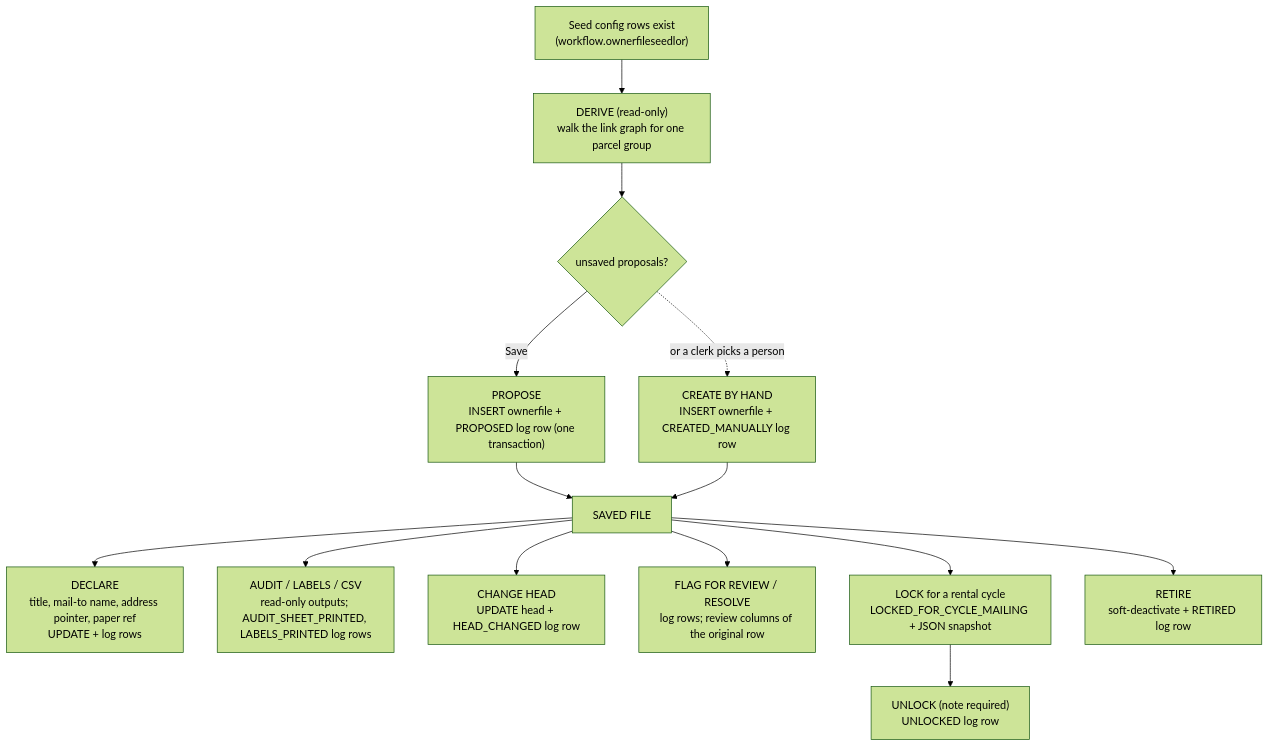
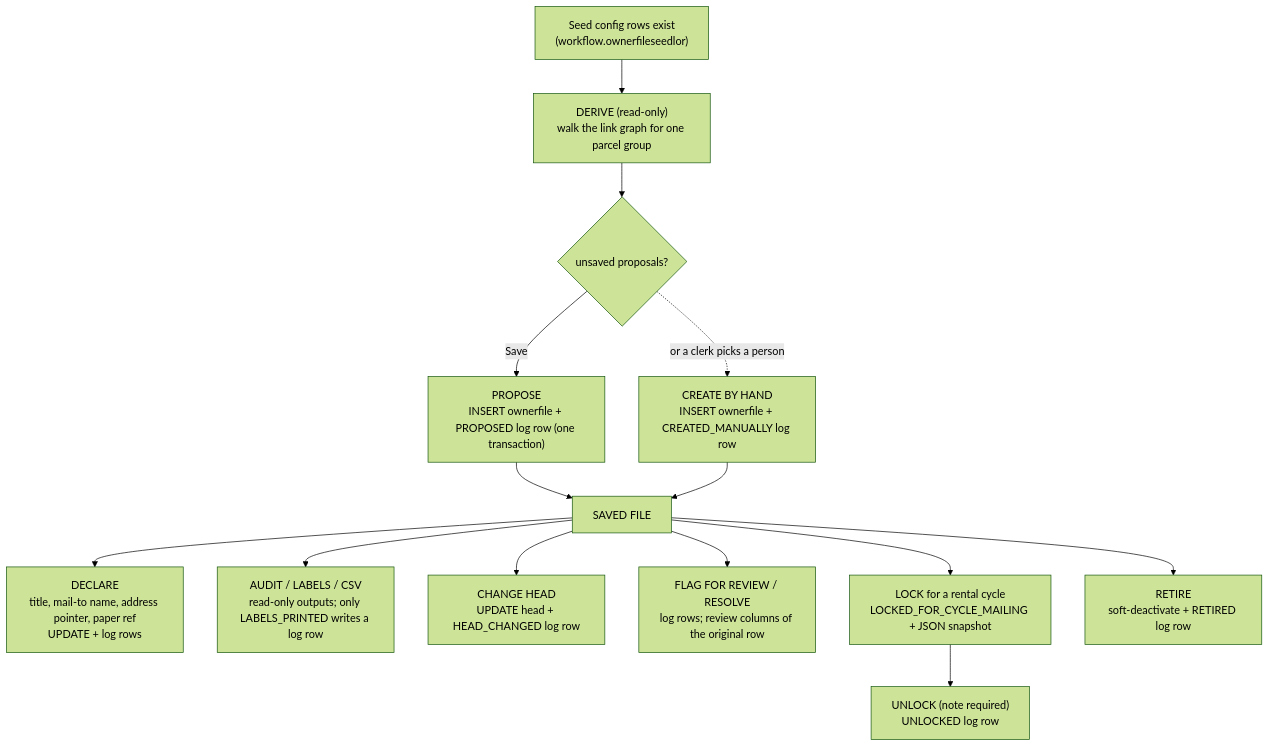
Before and after one commit to TechnologyRediscovery/boroughforge-wikidocs: the second of 2 diagrams in dev/subsystems/workflow-builder/owner-files-orientation.md, drawn with Mermaid (forest theme). The commit also changed other lines of this file and 40 other files, not shown here.

````diff
--- a/dev/subsystems/workflow-builder/owner-files-orientation.md
+++ b/dev/subsystems/workflow-builder/owner-files-orientation.md
@@ -176,16 +176,16 @@
 ```mermaid
 flowchart TD
     A["Seed config rows exist<br/>(workflow.ownerfileseedlor)"] --> B["DERIVE (read-only)<br/>walk the link graph for one parcel group"]
     B --> C{"unsaved proposals?"}
     C -- "Save" --> D["PROPOSE<br/>INSERT ownerfile + PROPOSED log row (one transaction)"]
     C -. "or a clerk picks a person" .-> D2["CREATE BY HAND<br/>INSERT ownerfile + CREATED_MANUALLY log row"]
     D --> E["SAVED FILE"]
     D2 --> E
     E --> F["DECLARE<br/>title, mail-to name, address pointer, paper ref<br/>UPDATE + log rows"]
-    E --> G["AUDIT / LABELS / CSV<br/>read-only outputs; AUDIT_SHEET_PRINTED, LABELS_PRINTED log rows"]
+    E --> G["AUDIT / LABELS / CSV<br/>read-only outputs; only LABELS_PRINTED writes a log row"]
     E --> H["CHANGE HEAD<br/>UPDATE head + HEAD_CHANGED log row"]
     E --> I["FLAG FOR REVIEW / RESOLVE<br/>log rows; review columns of the original row"]
     E --> J["LOCK for a rental cycle<br/>LOCKED_FOR_CYCLE_MAILING + JSON snapshot"]
     J --> K["UNLOCK (note required)<br/>UNLOCKED log row"]
     E --> L["RETIRE<br/>soft-deactivate + RETIRED log row"]
 ```
````
